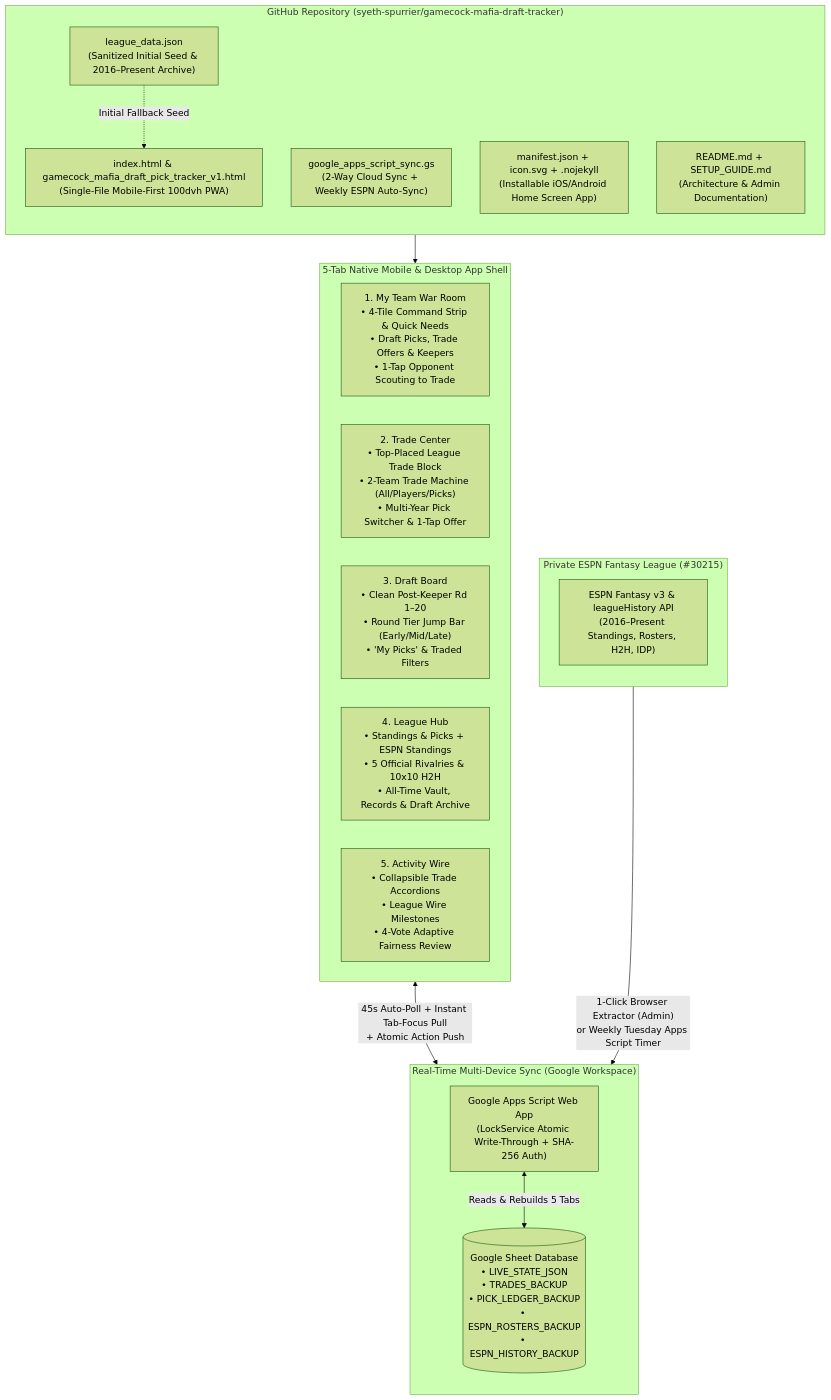
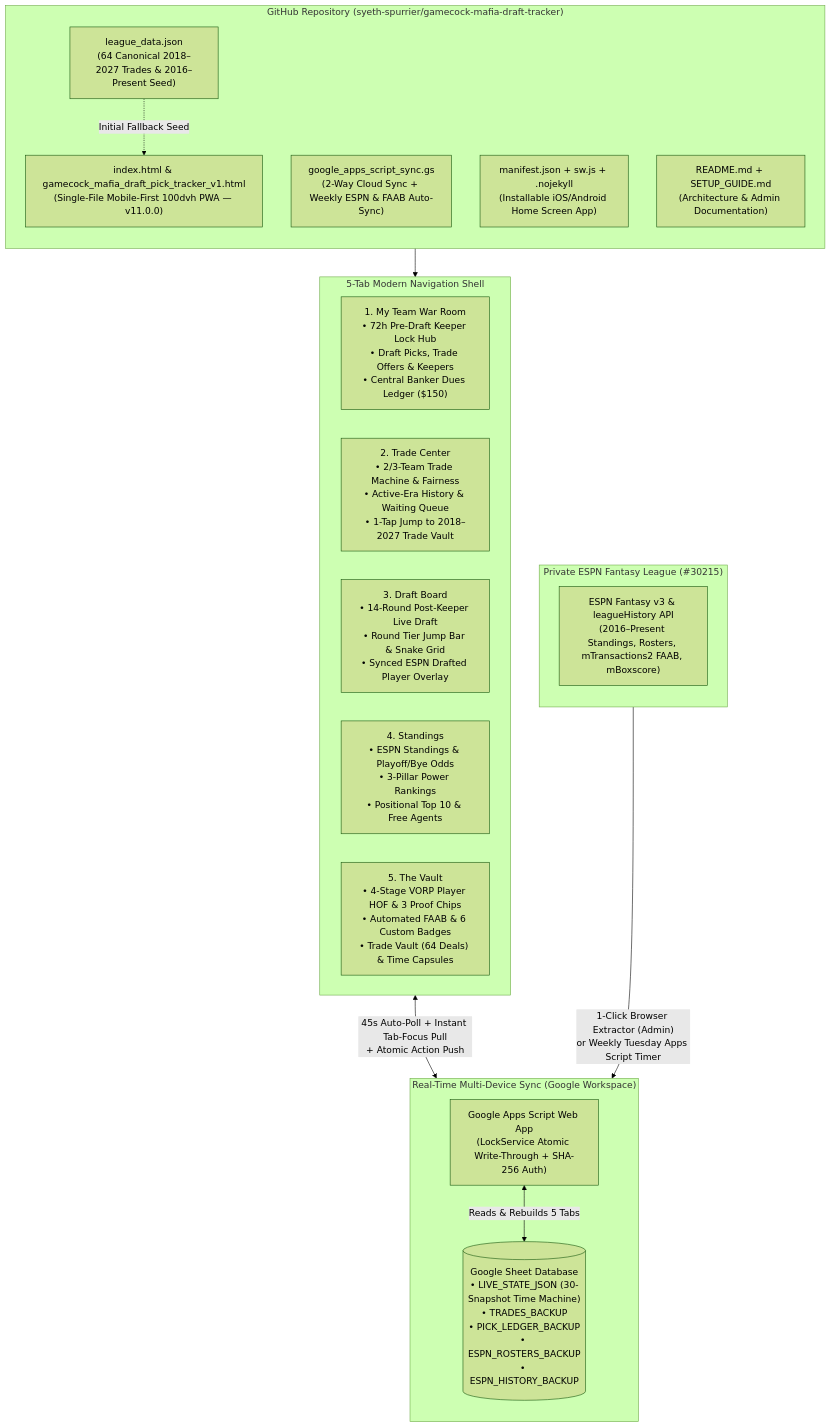
One commit to syeth-spurrier/gamecock-mafia-draft-tracker changed the first of 2 diagrams in README.md. Above: the diagram before and after it, drawn with Mermaid (forest theme). The commit also changed other lines of this file and 6 other files, not shown here.

Commit message:
v11.0.0: Wave 3 Master Update (64 Canonical 2018-2027 Trades & Draft Orders, Split Trade Vault + Time Capsules, VORP Player HOF & 3 Proof Chips, Automated FAAB & 6 Badges)

````diff
--- a/README.md
+++ b/README.md
@@ -11,37 +11,37 @@
 ```mermaid
 flowchart TB
   subgraph GH["GitHub Repository (syeth-spurrier/gamecock-mafia-draft-tracker)"]
     direction TB
-    IDX["index.html & gamecock_mafia_draft_pick_tracker_v1.html<br/>(Single-File Mobile-First 100dvh PWA)"]
-    SEED["league_data.json<br/>(Sanitized Initial Seed & 2016–Present Archive)"]
-    GAS_FILE["google_apps_script_sync.gs<br/>(2-Way Cloud Sync + Weekly ESPN Auto-Sync)"]
-    PWA["manifest.json + icon.svg + .nojekyll<br/>(Installable iOS/Android Home Screen App)"]
+    IDX["index.html & gamecock_mafia_draft_pick_tracker_v1.html<br/>(Single-File Mobile-First 100dvh PWA — v11.0.0)"]
+    SEED["league_data.json<br/>(64 Canonical 2018–2027 Trades & 2016–Present Seed)"]
+    GAS_FILE["google_apps_script_sync.gs<br/>(2-Way Cloud Sync + Weekly ESPN & FAAB Auto-Sync)"]
+    PWA["manifest.json + sw.js + .nojekyll<br/>(Installable iOS/Android Home Screen App)"]
     DOCS["README.md + SETUP_GUIDE.md<br/>(Architecture & Admin Documentation)"]
   end
 
-  subgraph UI["5-Tab Native Mobile & Desktop App Shell"]
+  subgraph UI["5-Tab Modern Navigation Shell"]
     direction LR
-    T1["1. My Team War Room<br/>• 4-Tile Command Strip & Quick Needs<br/>• Draft Picks, Trade Offers & Keepers<br/>• 1-Tap Opponent Scouting to Trade"]
-    T2["2. Trade Center<br/>• Top-Placed League Trade Block<br/>• 2-Team Trade Machine (All/Players/Picks)<br/>• Multi-Year Pick Switcher & 1-Tap Offer"]
-    T3["3. Draft Board<br/>• Clean Post-Keeper Rd 1–20<br/>• Round Tier Jump Bar (Early/Mid/Late)<br/>• 'My Picks' & Traded Filters"]
-    T4["4. League Hub<br/>• Standings & Picks + ESPN Standings<br/>• 5 Official Rivalries & 10x10 H2H<br/>• All-Time Vault, Records & Draft Archive"]
-    T5["5. Activity Wire<br/>• Collapsible Trade Accordions<br/>• League Wire Milestones<br/>• 4-Vote Adaptive Fairness Review"]
+    T1["1. My Team War Room<br/>• 72h Pre-Draft Keeper Lock Hub<br/>• Draft Picks, Trade Offers & Keepers<br/>• Central Banker Dues Ledger ($150)"]
+    T2["2. Trade Center<br/>• 2/3-Team Trade Machine & Fairness<br/>• Active-Era History & Waiting Queue<br/>• 1-Tap Jump to 2018–2027 Trade Vault"]
+    T3["3. Draft Board<br/>• 14-Round Post-Keeper Live Draft<br/>• Round Tier Jump Bar & Snake Grid<br/>• Synced ESPN Drafted Player Overlay"]
+    T4["4. Standings<br/>• ESPN Standings & Playoff/Bye Odds<br/>• 3-Pillar Power Rankings<br/>• Positional Top 10 & Free Agents"]
+    T5["5. The Vault<br/>• 4-Stage VORP Player HOF & 3 Proof Chips<br/>• Automated FAAB & 6 Custom Badges<br/>• Trade Vault (64 Deals) & Time Capsules"]
   end
 
   subgraph CLOUD["Real-Time Multi-Device Sync (Google Workspace)"]
     direction TB
     WEBAPP["Google Apps Script Web App<br/>(LockService Atomic Write-Through + SHA-256 Auth)"]
-    SHEET[("Google Sheet Database<br/>• LIVE_STATE_JSON<br/>• TRADES_BACKUP<br/>• PICK_LEDGER_BACKUP<br/>• ESPN_ROSTERS_BACKUP<br/>• ESPN_HISTORY_BACKUP")]
+    SHEET[("Google Sheet Database<br/>• LIVE_STATE_JSON (30-Snapshot Time Machine)<br/>• TRADES_BACKUP<br/>• PICK_LEDGER_BACKUP<br/>• ESPN_ROSTERS_BACKUP<br/>• ESPN_HISTORY_BACKUP")]
   end
 
   subgraph ESPN["Private ESPN Fantasy League (#30215)"]
     direction TB
-    API["ESPN Fantasy v3 & leagueHistory API<br/>(2016–Present Standings, Rosters, H2H, IDP)"]
+    API["ESPN Fantasy v3 & leagueHistory API<br/>(2016–Present Standings, Rosters, mTransactions2 FAAB, mBoxscore)"]
   end
 
   IDX --> UI
   SEED -.->|"Initial Fallback Seed"| IDX
   UI <-->|"45s Auto-Poll + Instant Tab-Focus Pull<br/>+ Atomic Action Push"| WEBAPP
   WEBAPP <-->|"Reads & Rebuilds 5 Tabs"| SHEET
   ESPN -->|"1-Click Browser Extractor (Admin)<br/>or Weekly Tuesday Apps Script Timer"| WEBAPP
 ```
````
